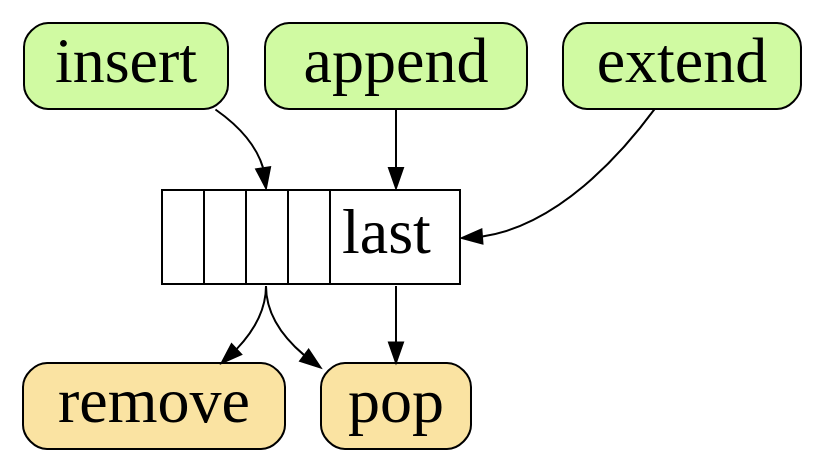
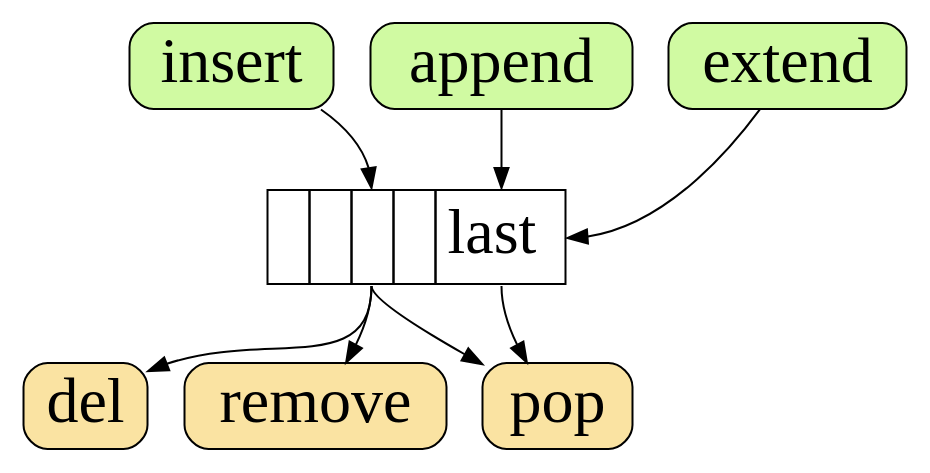
One commit to shoorick/slide-python changed the diagram in images/list-methods.dot. Above: the diagram before and after it, drawn with Graphviz. The commit also changed 3 other files, not shown here.

```diff
--- a/images/list-methods.dot
+++ b/images/list-methods.dot
@@ -1,29 +1,30 @@
 digraph G {
     node [ shape=box, style=filled, fillcolor=white, fontname="PT Mono", fontsize=32 ]
 
     list [
         shape=none
         label=<<table border="0" cellspacing="0" cellpadding="5">
             <tr>
                 <td port="first" border="1"> </td>
                 <td border="1"> </td>
                 <td port="middle" border="1"> </td>
                 <td border="1"> </td>
                 <td port="last" border="1">last</td>
             </tr>
         </table>>
     ]
 
     subgraph methods {
         node [ style="rounded,filled" ]
 
         append [ fillcolor="#d0faa2" ]
         extend [ fillcolor="#d0faa2" ]
         insert [ fillcolor="#d0faa2" ]
+        del    [ fillcolor="#fae3a2" ]
         pop    [ fillcolor="#fae3a2" ]
         remove [ fillcolor="#fae3a2" ]
 
         { append extend } -> list:last -> pop
-        insert -> list:middle -> { remove pop }
+        insert -> list:middle -> { del remove pop }
     }
 }
```
